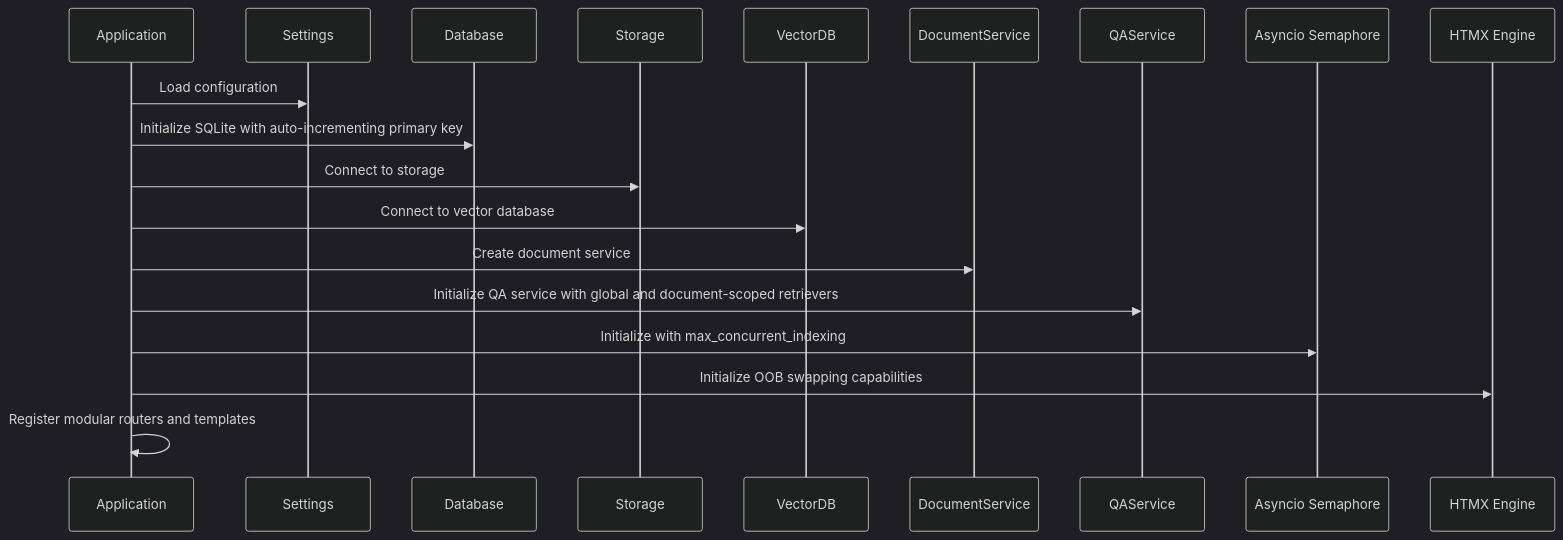
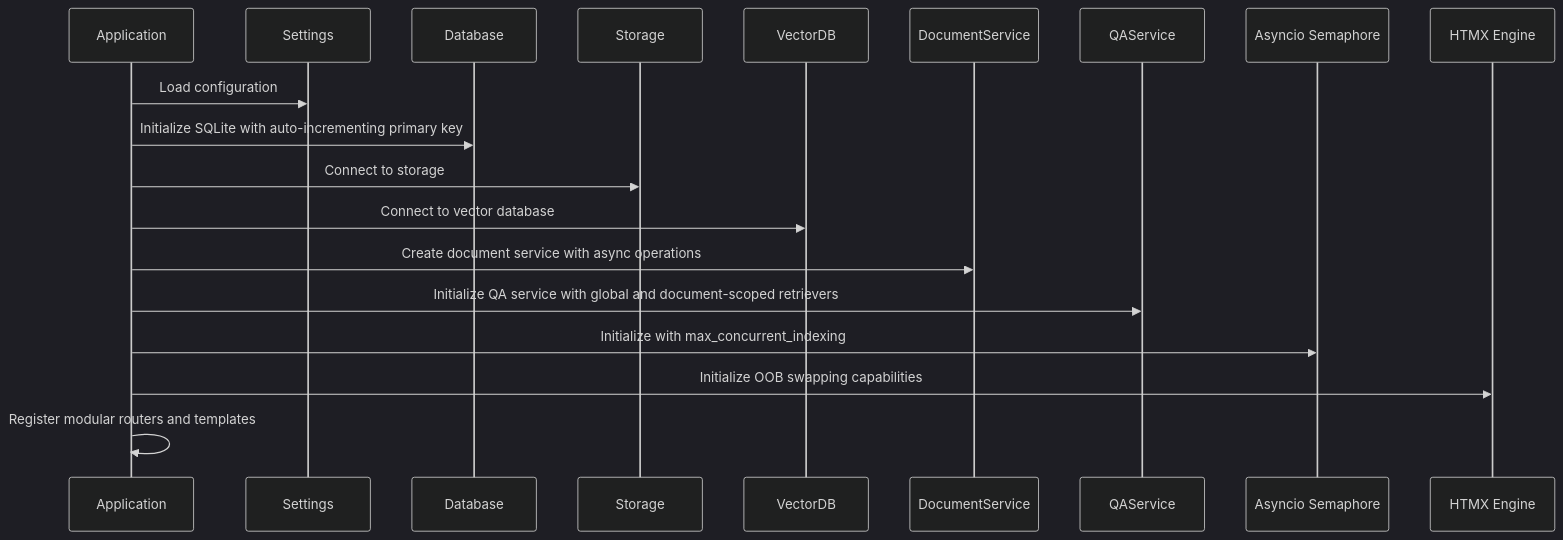
Before and after one commit to ognelis/cafetera_hr_bot: the second of 26 diagrams in .qoder/repowiki/en/content/Document Management System.md, drawn with Mermaid (dark theme). The commit also changed other lines of this file and 25 other files, not shown here.

````diff
--- a/.qoder/repowiki/en/content/Document Management System.md
+++ b/.qoder/repowiki/en/content/Document Management System.md
@@ -263,21 +285,21 @@
 ```mermaid
 sequenceDiagram
 participant App as Application
 participant Config as Settings
 participant DB as Database
 participant S3 as Storage
 participant Qdrant as VectorDB
 participant Service as DocumentService
 participant QAService as QAService
 participant Semaphore as Asyncio Semaphore
 participant HTMX as HTMX Engine
 App->>Config : Load configuration
 App->>DB : Initialize SQLite with auto-incrementing primary key
 App->>S3 : Connect to storage
 App->>Qdrant : Connect to vector database
-App->>Service : Create document service
+App->>Service : Create document service with async operations
 App->>QAService : Initialize QA service with global and document-scoped retrievers
 App->>Semaphore : Initialize with max_concurrent_indexing
 App->>HTMX : Initialize OOB swapping capabilities
 App->>App : Register modular routers and templates
 ```
````
